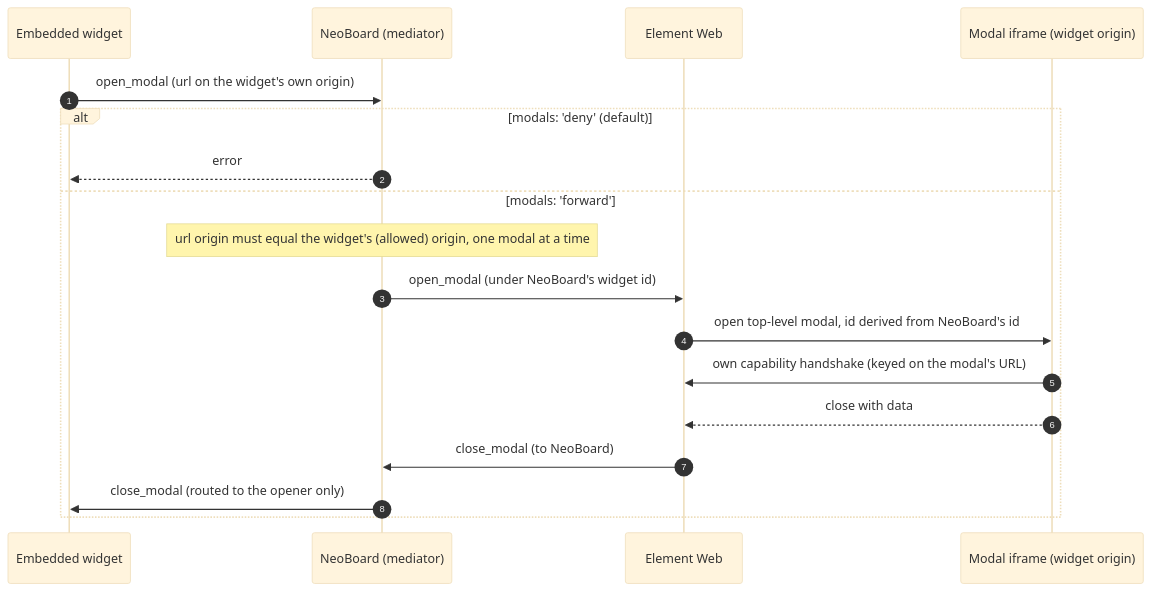
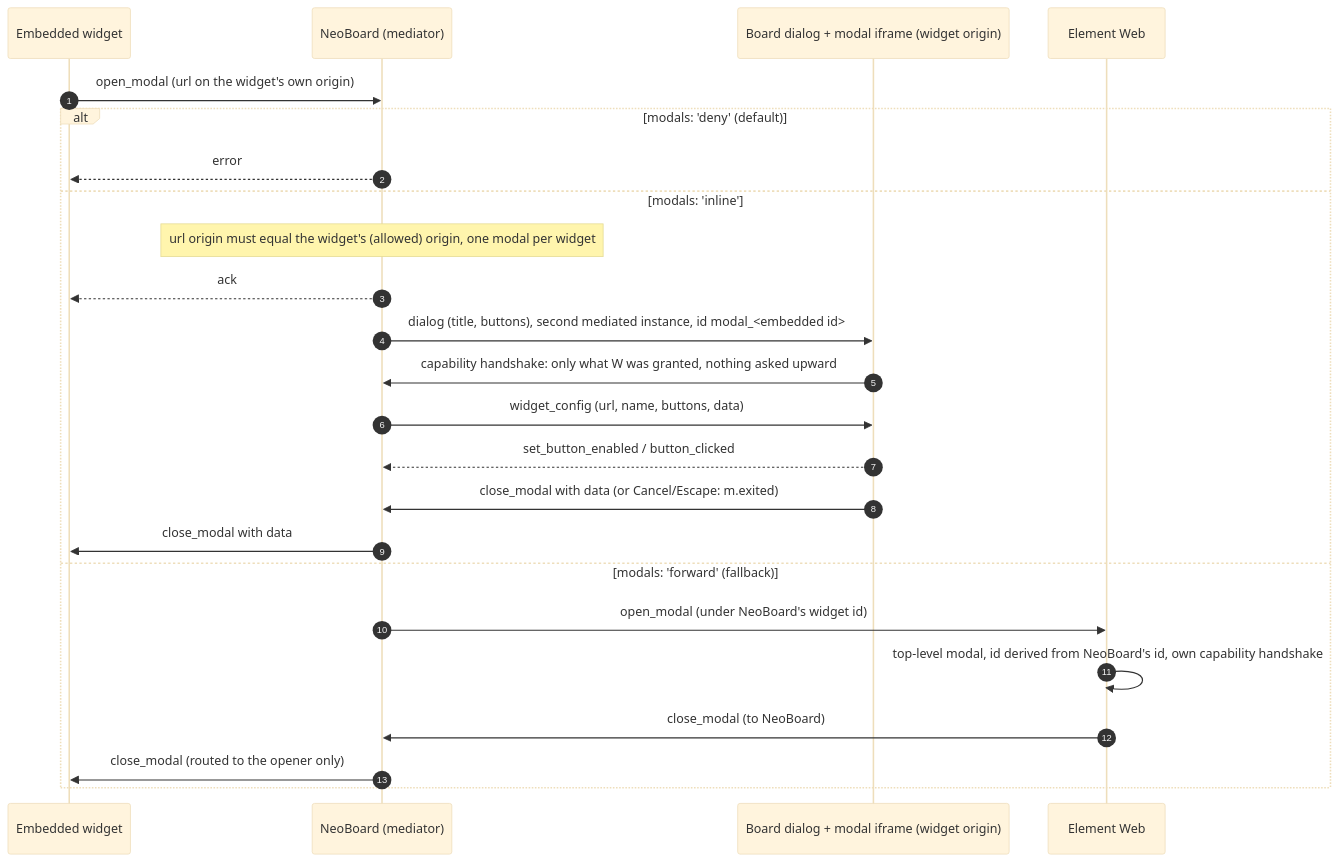
One commit to yncyrydybyl/neoboardception changed the sixth of 9 diagrams in neoboardception-docs/architecture.md. Above: the diagram before and after it, drawn with Mermaid (base theme). The commit also changed other lines of this file and 50 other files, not shown here.

First line of the commit message:
NeoBoardception: in-board modals, UX and consent fixes

````diff
--- a/neoboardception-docs/architecture.md
+++ b/neoboardception-docs/architecture.md
@@ -255,21 +256,27 @@
 ```mermaid
 sequenceDiagram
   autonumber
   participant W as Embedded widget
   participant N as NeoBoard (mediator)
+  participant D as Board dialog + modal iframe (widget origin)
   participant E as Element Web
-  participant M as Modal iframe (widget origin)
 
   W->>N: open_modal (url on the widget's own origin)
   alt modals: 'deny' (default)
     N-->>W: error
-  else modals: 'forward'
-    Note over N: url origin must equal the widget's (allowed) origin, one modal at a time
+  else modals: 'inline'
+    Note over N: url origin must equal the widget's (allowed) origin, one modal per widget
+    N-->>W: ack
+    N->>D: dialog (title, buttons), second mediated instance, id modal_<embedded id>
+    D->>N: capability handshake: only what W was granted, nothing asked upward
+    N->>D: widget_config (url, name, buttons, data)
+    D-->>N: set_button_enabled / button_clicked
+    D->>N: close_modal with data (or Cancel/Escape: m.exited)
+    N->>W: close_modal with data
+  else modals: 'forward' (fallback)
     N->>E: open_modal (under NeoBoard's widget id)
-    E->>M: open top-level modal, id derived from NeoBoard's id
-    M->>E: own capability handshake (keyed on the modal's URL)
-    M-->>E: close with data
+    E->>E: top-level modal, id derived from NeoBoard's id, own capability handshake
     E->>N: close_modal (to NeoBoard)
     N->>W: close_modal (routed to the opener only)
   end
 ```
````
